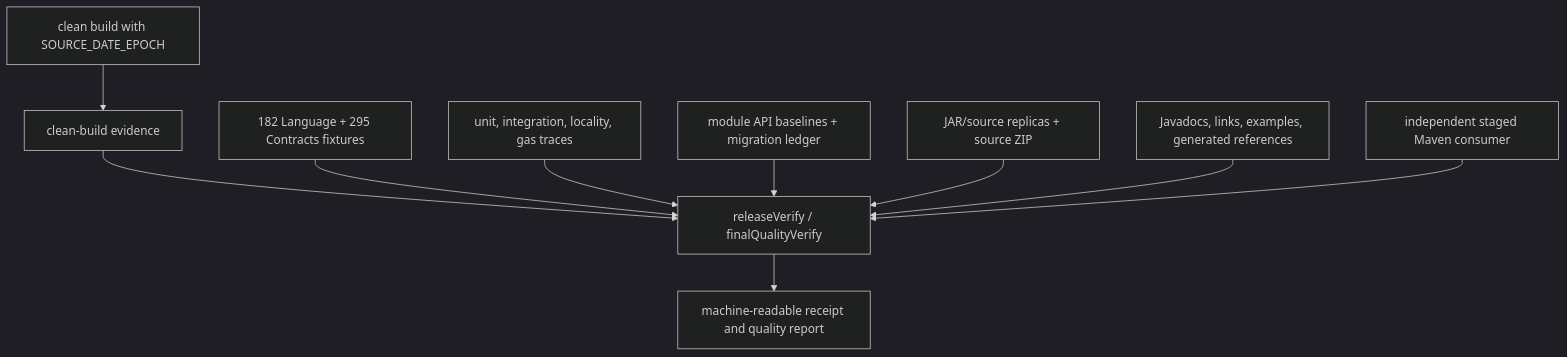
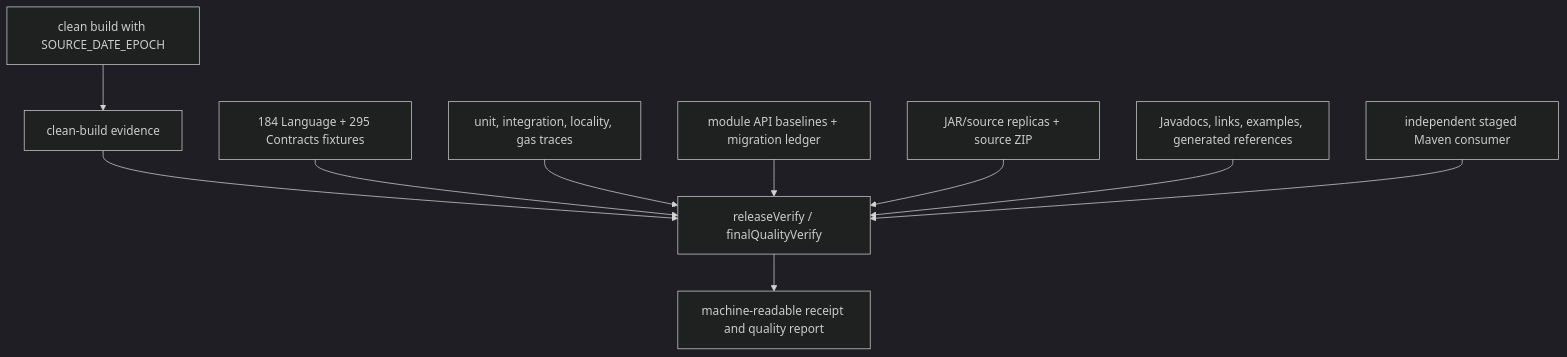
Before and after one commit to bluecontract/blue-language-java: the diagram in docs/architecture/conformance-and-release.md, drawn with Mermaid (dark theme). The commit also changed other lines of this file and 100 other files, not shown here.

````diff
--- a/docs/architecture/conformance-and-release.md
+++ b/docs/architecture/conformance-and-release.md
@@ -7,12 +7,12 @@
 ```mermaid
 flowchart TD
     Clean["clean build with SOURCE_DATE_EPOCH"] --> Marker["clean-build evidence"]
     Marker --> Verify["releaseVerify / finalQualityVerify"]
-    Fixtures["182 Language + 295 Contracts fixtures"] --> Verify
+    Fixtures["184 Language + 295 Contracts fixtures"] --> Verify
     Tests["unit, integration, locality, gas traces"] --> Verify
     API["module API baselines + migration ledger"] --> Verify
     Archives["JAR/source replicas + source ZIP"] --> Verify
     Docs["Javadocs, links, examples, generated references"] --> Verify
     Smoke["independent staged Maven consumer"] --> Verify
     Verify --> Receipt["machine-readable receipt and quality report"]
 ```
````
